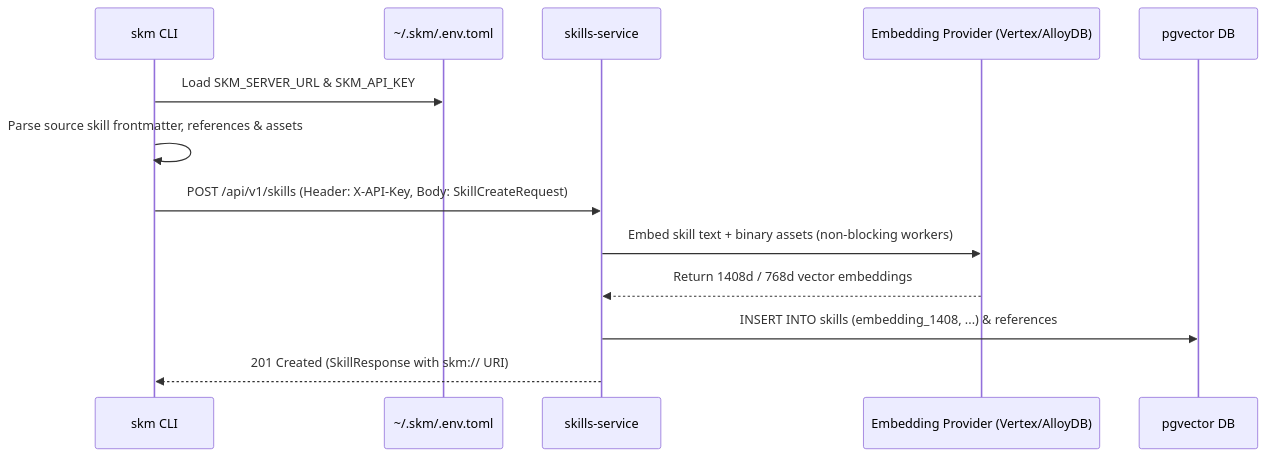
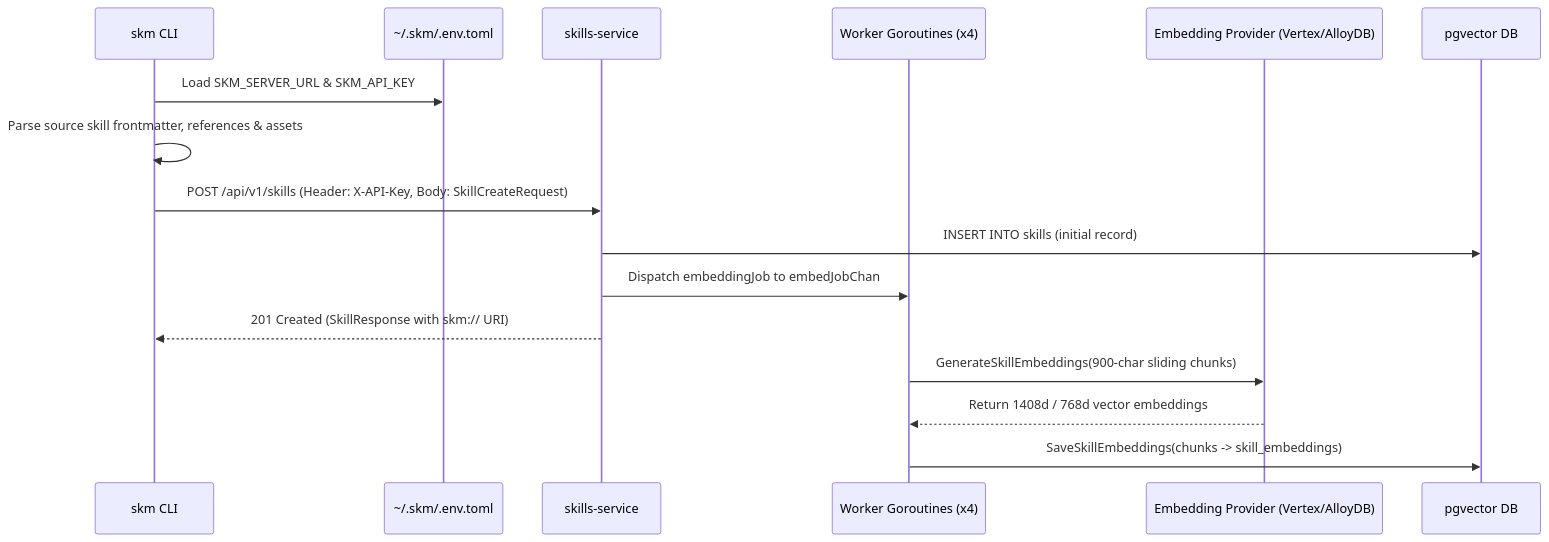
Before and after one commit to retail-cortex/skills: the diagram in docs/content/cli/skill_registration.md, drawn with Mermaid. The commit also changed other lines of this file and 44 other files, not shown here.

````diff
--- a/docs/content/cli/skill_registration.md
+++ b/docs/content/cli/skill_registration.md
@@ -45,16 +46,19 @@
 ```mermaid
 sequenceDiagram
     participant CLI as skm CLI
     participant Config as ~/.skm/.env.toml
     participant Server as skills-service
+    participant Workers as Worker Goroutines (x4)
     participant Embed as Embedding Provider (Vertex/AlloyDB)
     participant DB as pgvector DB
 
     CLI->>Config: Load SKM_SERVER_URL & SKM_API_KEY
     CLI->>CLI: Parse source skill frontmatter, references & assets
     CLI->>Server: POST /api/v1/skills (Header: X-API-Key, Body: SkillCreateRequest)
-    Server->>Embed: Embed skill text + binary assets (non-blocking workers)
-    Embed-->>Server: Return 1408d / 768d vector embeddings
-    Server->>DB: INSERT INTO skills (embedding_1408, ...) & references
+    Server->>DB: INSERT INTO skills (initial record)
+    Server->>Workers: Dispatch embeddingJob to embedJobChan
     Server-->>CLI: 201 Created (SkillResponse with skm:// URI)
+    Workers->>Embed: GenerateSkillEmbeddings(900-char sliding chunks)
+    Embed-->>Workers: Return 1408d / 768d vector embeddings
+    Workers->>DB: SaveSkillEmbeddings(chunks -> skill_embeddings)
 ```
````
